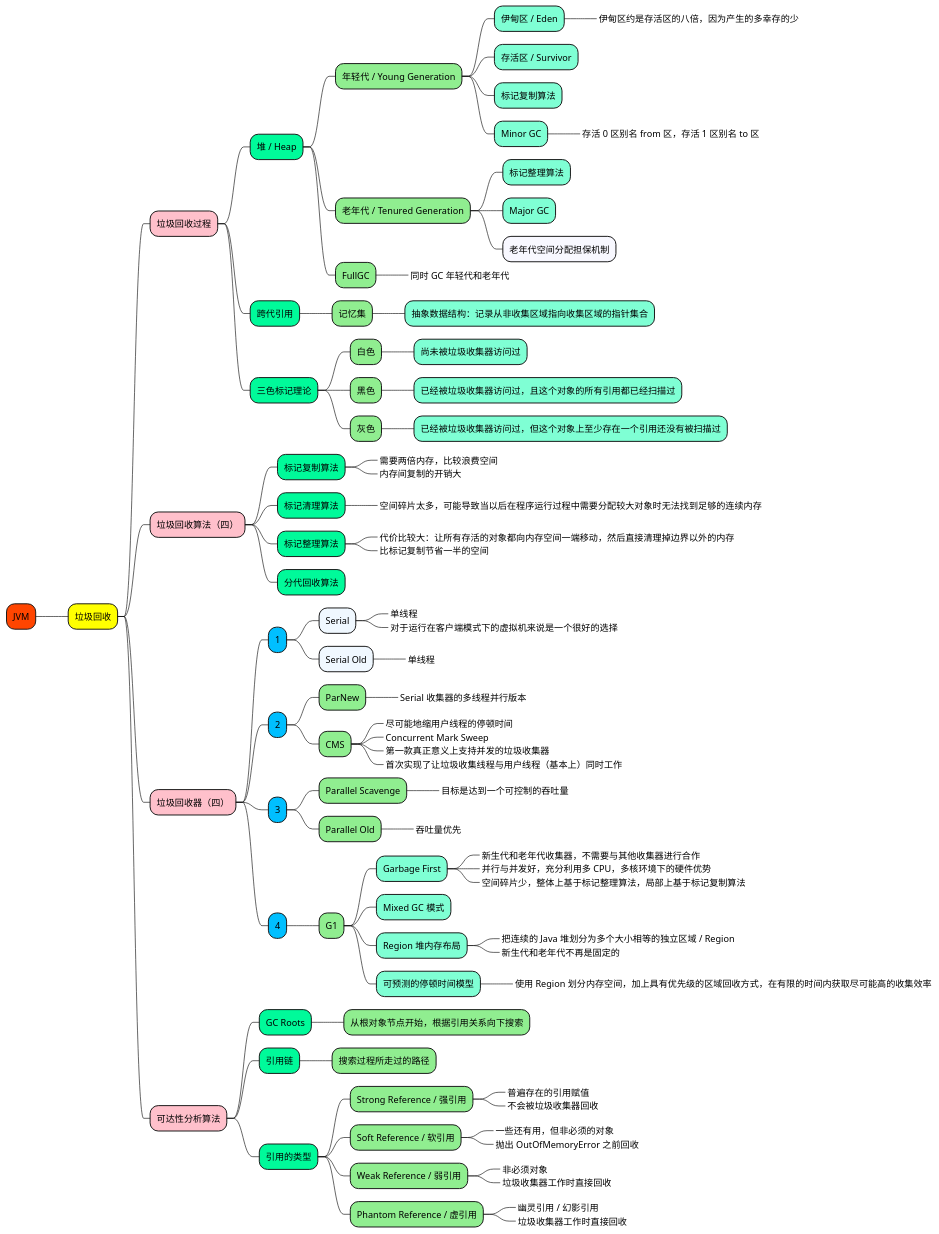
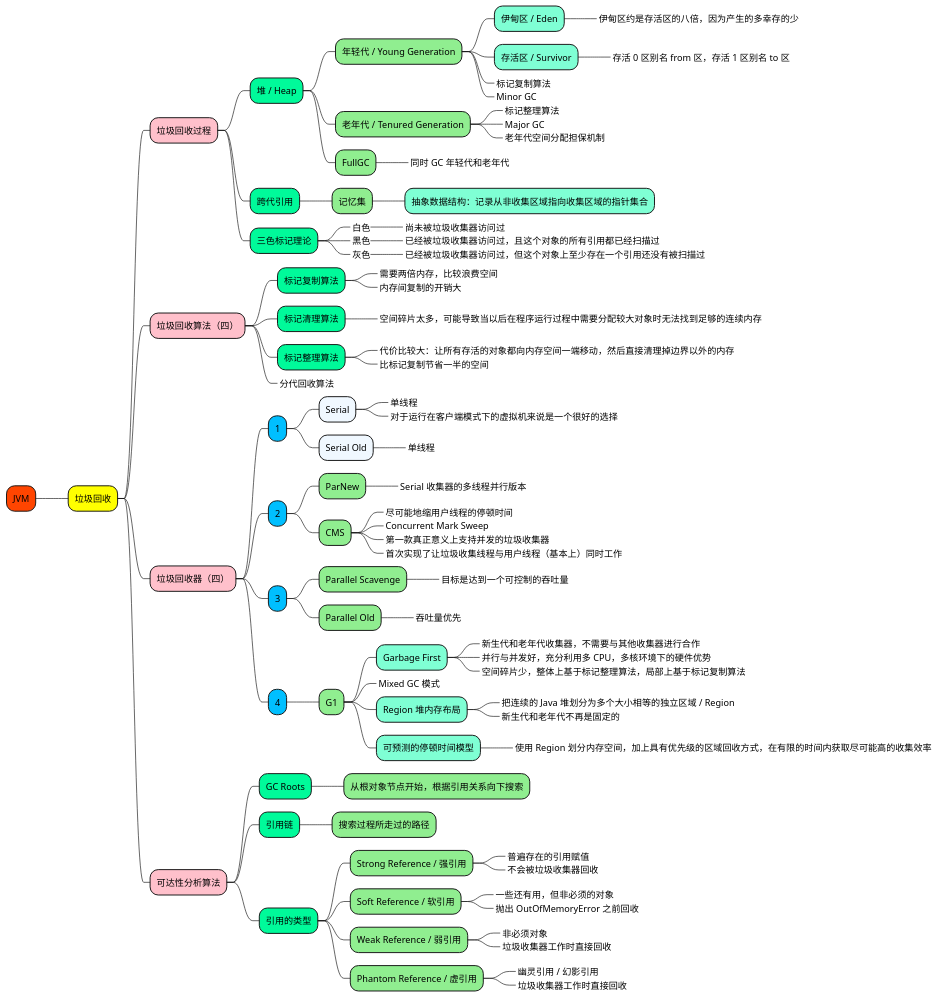
One commit to doveg/self-cultivation-of-a-software-engineer changed the diagram in 1_map/1-java/JVM-垃圾回收.puml. Above: the diagram before and after it, drawn with PlantUML. The commit also changed 11 other files, not shown here.

```diff
--- a/1_map/1-java/JVM-垃圾回收.puml
+++ b/1_map/1-java/JVM-垃圾回收.puml
@@ -1,122 +1,124 @@
 @startmindmap
 
 +[#OrangeRed] JVM
 
 ++[#yellow] 垃圾回收
 
 +++[#Pink] 垃圾回收过程
 
 ++++[#MediumSpringGreen] 堆 / Heap
 
 +++++[#LightGreen] 年轻代 / Young Generation
 ++++++[#Aquamarine] 伊甸区 / Eden
 +++++++[#Aquamarine]_ 伊甸区约是存活区的八倍，因为产生的多幸存的少
 ++++++[#Aquamarine] 存活区 / Survivor
-++++++[#Aquamarine] 标记复制算法
-++++++[#Aquamarine] Minor GC
 +++++++[#Aquamarine]_ 存活 0 区别名 from 区，存活 1 区别名 to 区
+++++++[#Aquamarine]_ 标记复制算法
+++++++[#Aquamarine]_ Minor GC
 
 +++++[#LightGreen] 老年代 / Tenured Generation
-++++++[#Aquamarine] 标记整理算法
-++++++[#Aquamarine] Major GC
-++++++[#GhostWhite] 老年代空间分配担保机制
+++++++[#Aquamarine]_ 标记整理算法
+++++++[#Aquamarine]_ Major GC
+++++++[#GhostWhite]_ 老年代空间分配担保机制
 
 +++++[#LightGreen] FullGC
 ++++++_ 同时 GC 年轻代和老年代
 
 ++++[#MediumSpringGreen] 跨代引用
 +++++[#LightGreen] 记忆集
 ++++++[#Aquamarine] 抽象数据结构：记录从非收集区域指向收集区域的指针集合
 
 ++++[#MediumSpringGreen] 三色标记理论
-+++++[#LightGreen] 白色
-++++++[#Aquamarine] 尚未被垃圾收集器访问过
-+++++[#LightGreen] 黑色
-++++++[#Aquamarine] 已经被垃圾收集器访问过，且这个对象的所有引用都已经扫描过
-+++++[#LightGreen] 灰色
-++++++[#Aquamarine] 已经被垃圾收集器访问过，但这个对象上至少存在一个引用还没有被扫描过
++++++[#LightGreen]_ 白色
+++++++[#Aquamarine]_ 尚未被垃圾收集器访问过
++++++[#LightGreen]_ 黑色
+++++++[#Aquamarine]_ 已经被垃圾收集器访问过，且这个对象的所有引用都已经扫描过
++++++[#LightGreen]_ 灰色
+++++++[#Aquamarine]_ 已经被垃圾收集器访问过，但这个对象上至少存在一个引用还没有被扫描过
+
 
 +++[#Pink] 垃圾回收算法（四）
 
 ++++[#MediumSpringGreen] 标记复制算法
 +++++_ 需要两倍内存，比较浪费空间
 +++++_ 内存间复制的开销大
 
 ++++[#MediumSpringGreen] 标记清理算法
 +++++_ 空间碎片太多，可能导致当以后在程序运行过程中需要分配较大对象时无法找到足够的连续内存
 
 ++++[#MediumSpringGreen] 标记整理算法
 +++++_ 代价比较大：让所有存活的对象都向内存空间一端移动，然后直接清理掉边界以外的内存
 +++++_ 比标记复制节省一半的空间
 
-++++[#MediumSpringGreen] 分代回收算法
+++++[#MediumSpringGreen]_ 分代回收算法
 
 
 +++[#Pink] 垃圾回收器（四）
 
 ++++[#DeepSkyBlue] 1
 +++++[#AliceBlue] Serial
 ++++++[#AliceBlue]_ 单线程
 ++++++[#AliceBlue]_ 对于运行在客户端模式下的虚拟机来说是一个很好的选择
 +++++[#AliceBlue] Serial Old
 ++++++[#AliceBlue]_ 单线程
 
 ++++[#DeepSkyBlue] 2
 +++++[#LightGreen] ParNew
 ++++++[#LightGreen]_ Serial 收集器的多线程并行版本
 +++++[#LightGreen] CMS
 ++++++[#LightGreen]_ 尽可能地缩用户线程的停顿时间
 ++++++[#LightGreen]_ Concurrent Mark Sweep
 ++++++[#LightGreen]_ 第一款真正意义上支持并发的垃圾收集器
 ++++++[#LightGreen]_ 首次实现了让垃圾收集线程与用户线程（基本上）同时工作
 
 ++++[#DeepSkyBlue] 3
 +++++[#LightGreen] Parallel Scavenge
 ++++++[#LightGreen]_ 目标是达到一个可控制的吞吐量
 +++++[#LightGreen] Parallel Old
 ++++++[#LightGreen]_ 吞吐量优先
 
 ++++[#DeepSkyBlue] 4
 +++++[#LightGreen] G1
 
 ++++++[#Aquamarine] Garbage First
 +++++++[#Aquamarine]_ 新生代和老年代收集器，不需要与其他收集器进行合作
 +++++++[#Aquamarine]_ 并行与并发好，充分利用多 CPU，多核环境下的硬件优势
 +++++++[#Aquamarine]_ 空间碎片少，整体上基于标记整理算法，局部上基于标记复制算法
 
-++++++[#Aquamarine] Mixed GC 模式
+++++++[#Aquamarine]_ Mixed GC 模式
 
 ++++++[#Aquamarine] Region 堆内存布局
 +++++++[#Aquamarine]_ 把连续的 Java 堆划分为多个大小相等的独立区域 / Region
 +++++++[#Aquamarine]_ 新生代和老年代不再是固定的
 
 ++++++[#Aquamarine] 可预测的停顿时间模型
 +++++++[#Aquamarine]_ 使用 Region 划分内存空间，加上具有优先级的区域回收方式，在有限的时间内获取尽可能高的收集效率
 
 
 +++[#Pink] 可达性分析算法
 
 ++++[#MediumSpringGreen] GC Roots
 +++++[#LightGreen] 从根对象节点开始，根据引用关系向下搜索
 ++++[#MediumSpringGreen] 引用链
 +++++[#LightGreen] 搜索过程所走过的路径
 
 ++++[#MediumSpringGreen] 引用的类型
 +++++[#LightGreen] Strong Reference / 强引用
 ++++++[#LightGreen]_ 普遍存在的引用赋值
 ++++++[#LightGreen]_ 不会被垃圾收集器回收
 
 +++++[#LightGreen] Soft Reference / 软引用
 ++++++[#LightGreen]_ 一些还有用，但非必须的对象
 ++++++[#LightGreen]_ 抛出 OutOfMemoryError 之前回收
 
 +++++[#LightGreen] Weak Reference / 弱引用
 ++++++[#LightGreen]_ 非必须对象
 ++++++[#LightGreen]_ 垃圾收集器工作时直接回收
 
 +++++[#LightGreen] Phantom Reference / 虚引用
 ++++++[#LightGreen]_ 幽灵引用 / 幻影引用
 ++++++[#LightGreen]_ 垃圾收集器工作时直接回收
 
 
+
 @endmindmap
```
